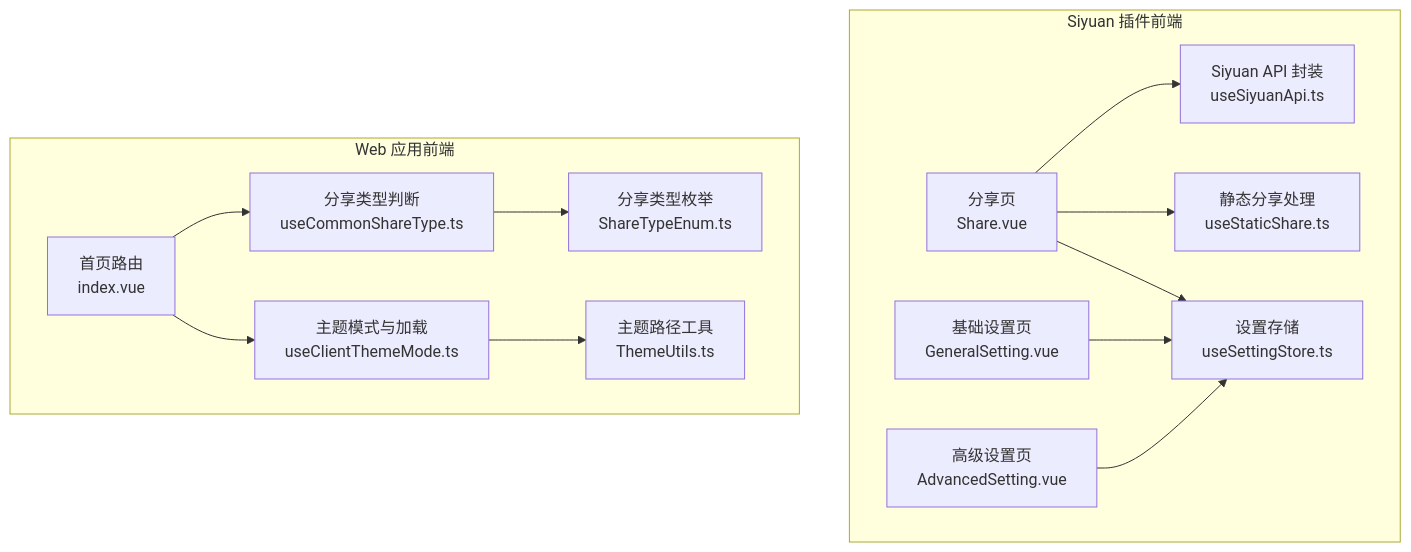
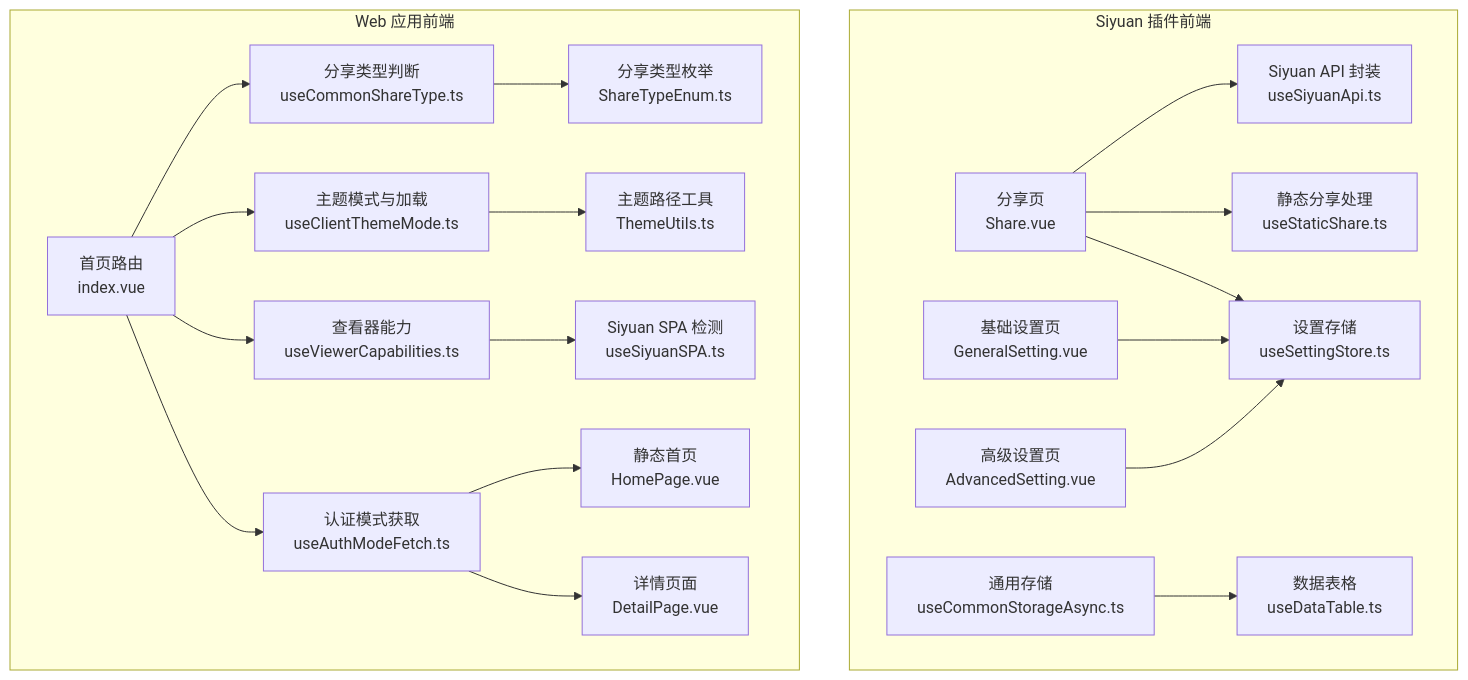
One commit to terwer/siyuan-plugin-blog changed the first of 9 diagrams in .qoder/repowiki/zh/content/核心功能/核心功能.md. Above: the diagram before and after it, drawn with Mermaid. The commit also changed other lines of this file and 20 other files, not shown here.

````diff
--- a/.qoder/repowiki/zh/content/核心功能/核心功能.md
+++ b/.qoder/repowiki/zh/content/核心功能/核心功能.md
@@ -45,27 +66,40 @@
 ```mermaid
 graph TB
 subgraph "Siyuan 插件前端"
 SharePage["分享页<br/>Share.vue"]
 SettingStore["设置存储<br/>useSettingStore.ts"]
 StaticShare["静态分享处理<br/>useStaticShare.ts"]
 SiyuanAPI["Siyuan API 封装<br/>useSiyuanApi.ts"]
 GenSetting["基础设置页<br/>GeneralSetting.vue"]
 AdvSetting["高级设置页<br/>AdvancedSetting.vue"]
+CommonStorage["通用存储<br/>useCommonStorageAsync.ts"]
+DataTable["数据表格<br/>useDataTable.ts"]
 end
 subgraph "Web 应用前端"
 IndexPage["首页路由<br/>index.vue"]
 ShareType["分享类型判断<br/>useCommonShareType.ts"]
 ShareEnum["分享类型枚举<br/>ShareTypeEnum.ts"]
 ThemeMode["主题模式与加载<br/>useClientThemeMode.ts"]
 ThemeUtils["主题路径工具<br/>ThemeUtils.ts"]
+ViewerCaps["查看器能力<br/>useViewerCapabilities.ts"]
+SiyuanSPA["Siyuan SPA 检测<br/>useSiyuanSPA.ts"]
+AuthFetch["认证模式获取<br/>useAuthModeFetch.ts"]
+HomePage["静态首页<br/>HomePage.vue"]
+DetailPage["详情页面<br/>DetailPage.vue"]
 end
 SharePage --> SiyuanAPI
 SharePage --> StaticShare
 SharePage --> SettingStore
 GenSetting --> SettingStore
 AdvSetting --> SettingStore
+CommonStorage --> DataTable
 IndexPage --> ShareType
 ShareType --> ShareEnum
 IndexPage --> ThemeMode
 ThemeMode --> ThemeUtils
+IndexPage --> ViewerCaps
+ViewerCaps --> SiyuanSPA
+IndexPage --> AuthFetch
+AuthFetch --> HomePage
+AuthFetch --> DetailPage
 ```
````
